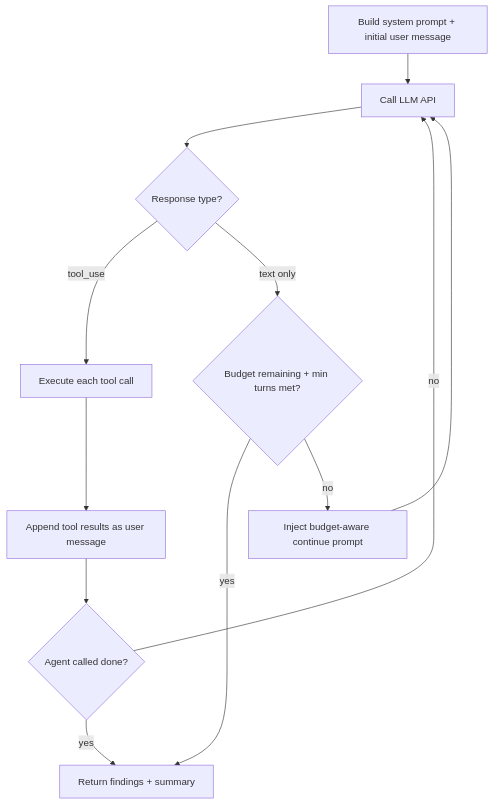
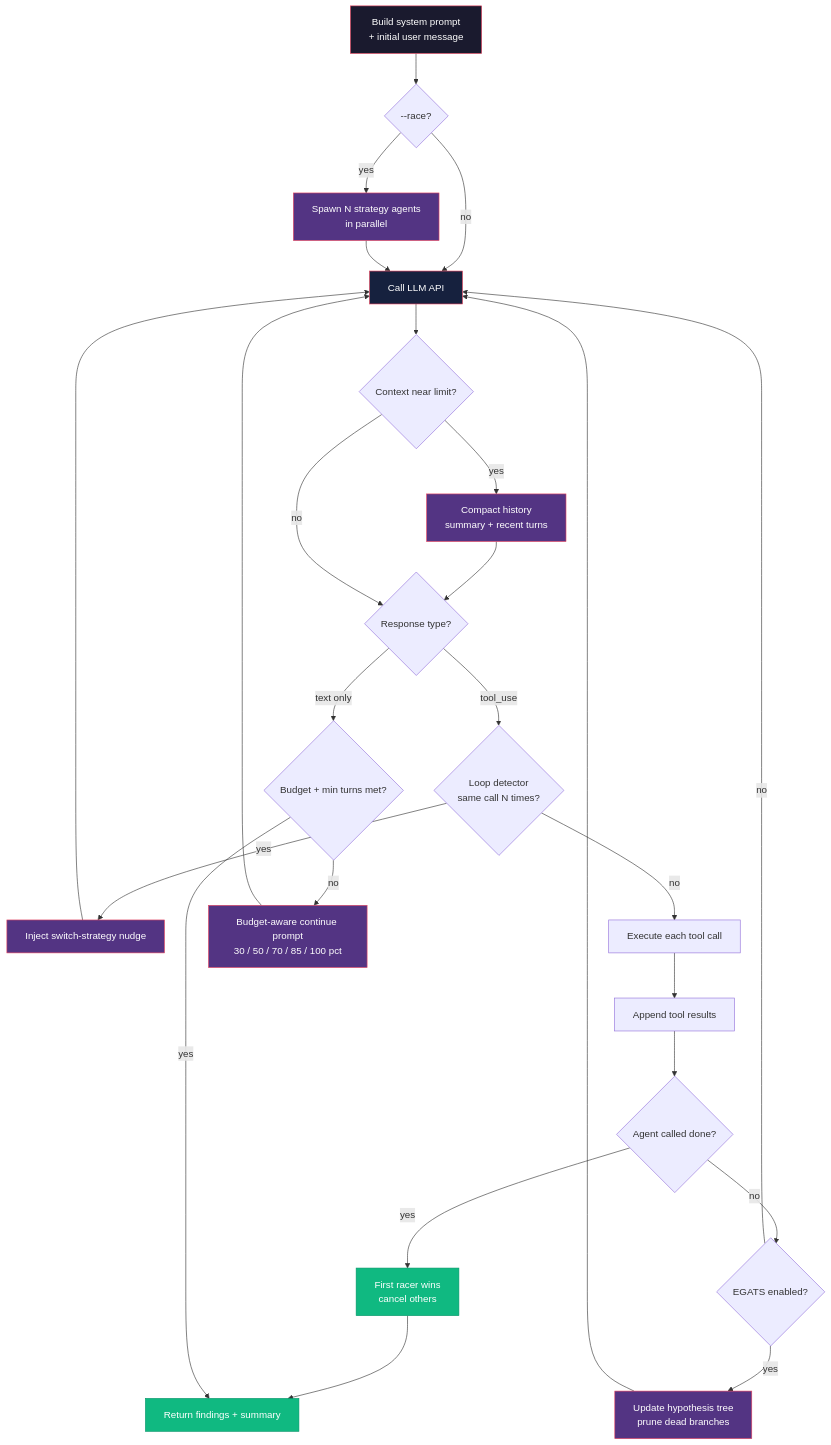
Before and after one commit to Darkroom4364/pwnkit: the diagram in docs/src/content/docs/agent-loop.md, drawn with Mermaid. The commit also changed 4 other files, not shown here.

First line of the commit message:
Add Mermaid architecture diagrams across docs

````diff
--- a/docs/src/content/docs/agent-loop.md
+++ b/docs/src/content/docs/agent-loop.md
@@ -12,14 +12,37 @@
 ```mermaid
 flowchart TD
-    A[Build system prompt + initial user message] --> B[Call LLM API]
-    B --> C{Response type?}
-    C -->|tool_use| D[Execute each tool call]
-    D --> E[Append tool results as user message]
+    A[Build system prompt<br/>+ initial user message] --> RACE{--race?}
+    RACE -->|yes| PAR[Spawn N strategy agents<br/>in parallel]
+    RACE -->|no| B[Call LLM API]
+    PAR --> B
+    B --> CTX{Context near limit?}
+    CTX -->|yes| COMP[Compact history<br/>summary + recent turns]
+    COMP --> C{Response type?}
+    CTX -->|no| C
+    C -->|tool_use| LOOP{Loop detector<br/>same call N times?}
+    LOOP -->|yes| NUDGE[Inject switch-strategy nudge]
+    NUDGE --> B
+    LOOP -->|no| D[Execute each tool call]
+    D --> E[Append tool results]
     E --> F{Agent called done?}
-    F -->|no| B
-    F -->|yes| G[Return findings + summary]
-    C -->|text only| H{Budget remaining + min turns met?}
+    F -->|no| EG{EGATS enabled?}
+    EG -->|yes| TREE[Update hypothesis tree<br/>prune dead branches]
+    TREE --> B
+    EG -->|no| B
+    F -->|yes| W[First racer wins<br/>cancel others]
+    W --> G[Return findings + summary]
+    C -->|text only| H{Budget + min turns met?}
     H -->|yes| G
-    H -->|no| I[Inject budget-aware continue prompt]
+    H -->|no| I[Budget-aware continue prompt<br/>30 / 50 / 70 / 85 / 100 pct]
     I --> B
+
+    style A fill:#1a1a2e,stroke:#e94560,color:#fff
+    style B fill:#16213e,stroke:#e94560,color:#fff
+    style COMP fill:#533483,stroke:#e94560,color:#fff
+    style NUDGE fill:#533483,stroke:#e94560,color:#fff
+    style TREE fill:#533483,stroke:#e94560,color:#fff
+    style PAR fill:#533483,stroke:#e94560,color:#fff
+    style I fill:#533483,stroke:#e94560,color:#fff
+    style G fill:#10b981,stroke:#059669,color:#fff
+    style W fill:#10b981,stroke:#059669,color:#fff
 ```
````
